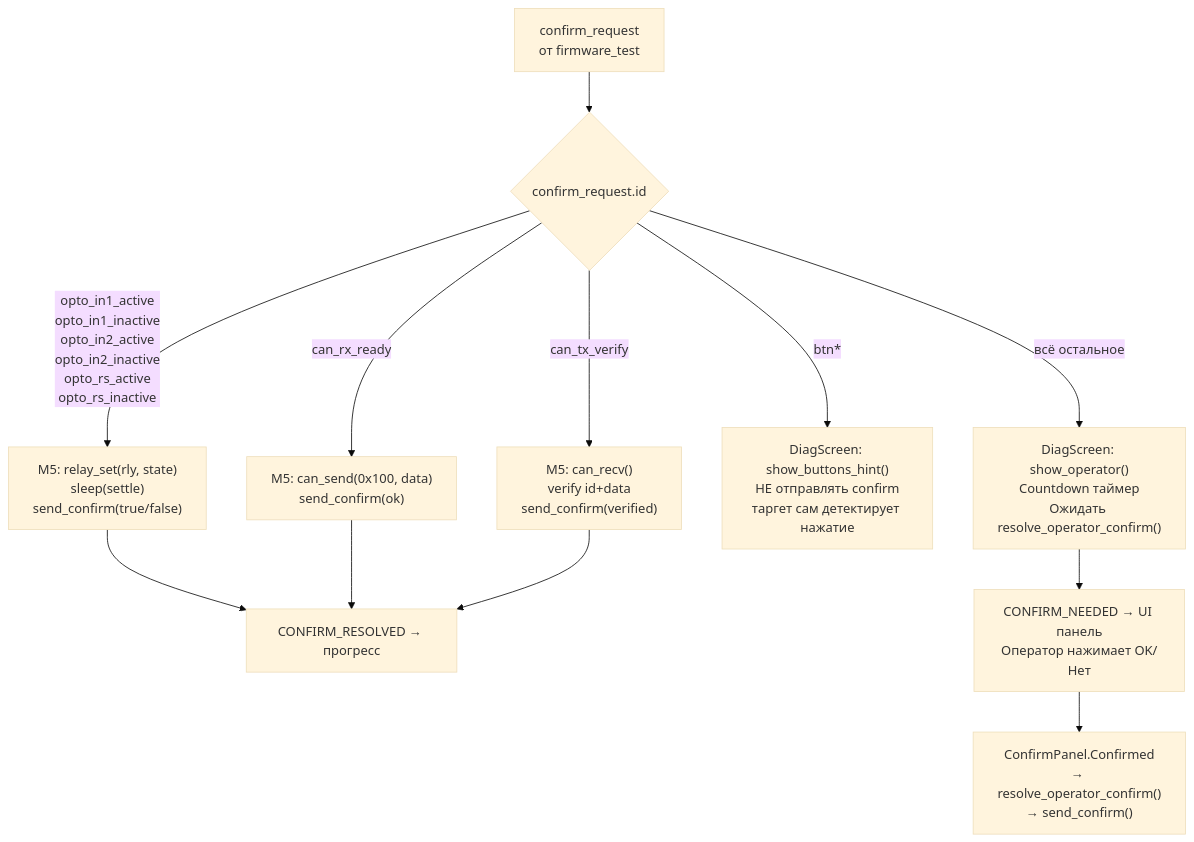
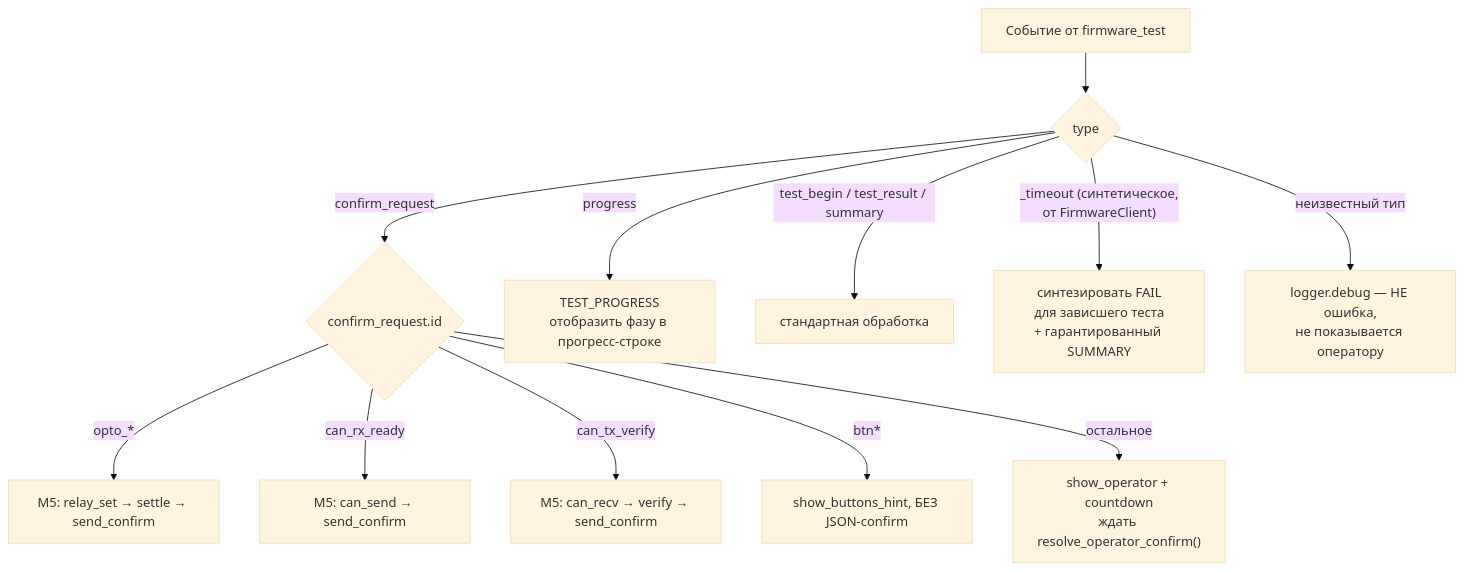
One commit to OSabuser/tft_manufacture_test changed the third of 5 diagrams in tools/production/README.md. Above: the diagram before and after it, drawn with Mermaid (base theme). The commit also changed other lines of this file and 2 other files, not shown here.

Commit message:
# firmware_test: TUI app m5_client fixed

````diff
--- a/tools/production/README.md
+++ b/tools/production/README.md
@@ -443,23 +176,17 @@
 ```mermaid
 flowchart TD
-    CR["confirm_request\nот firmware_test"]
-    CR --> R{confirm_request.id}
+    EV["Событие от firmware_test"]
+    EV --> T{type}
 
-    R -->|"opto_in1_active\nopto_in1_inactive\nopto_in2_active\nopto_in2_inactive\nopto_rs_active\nopto_rs_inactive"| HIL_OPTO
-    R -->|"can_rx_ready"| HIL_CAN_RX
-    R -->|"can_tx_verify"| HIL_CAN_TX
-    R -->|"btn*"| BTN
-    R -->|"всё остальное"| OP
+    T -->|"confirm_request"| R{confirm_request.id}
+    T -->|"progress"| PROG["TEST_PROGRESS\nотобразить фазу в прогресс-строке"]
+    T -->|"test_begin / test_result / summary"| STD["стандартная обработка"]
+    T -->|"_timeout (синтетическое,\nот FirmwareClient)"| TO["синтезировать FAIL\nдля зависшего теста\n+ гарантированный SUMMARY"]
+    T -->|"неизвестный тип"| LOG["logger.debug — НЕ ошибка,\nне показывается оператору"]
 
-    HIL_OPTO["M5: relay_set(rly, state)\nsleep(settle)\nsend_confirm(true/false)"]
-    HIL_CAN_RX["M5: can_send(0x100, data)\nsend_confirm(ok)"]
-    HIL_CAN_TX["M5: can_recv()\nverify id+data\nsend_confirm(verified)"]
-    BTN["DiagScreen: show_buttons_hint()\nНЕ отправлять confirm\nтаргет сам детектирует нажатие"]
-    OP["DiagScreen: show_operator()\nCountdown таймер\nОжидать resolve_operator_confirm()"]
-
-    HIL_OPTO --> RAUTO["CONFIRM_RESOLVED → прогресс"]
-    HIL_CAN_RX --> RAUTO
-    HIL_CAN_TX --> RAUTO
-    OP --> RNEED["CONFIRM_NEEDED → UI панель\nОператор нажимает OK/Нет"]
-    RNEED --> RESOLVE["ConfirmPanel.Confirmed\n→ resolve_operator_confirm()\n→ send_confirm()"]
+    R -->|"opto_*"| HIL_OPTO["M5: relay_set → settle → send_confirm"]
+    R -->|"can_rx_ready"| HIL_CAN_RX["M5: can_send → send_confirm"]
+    R -->|"can_tx_verify"| HIL_CAN_TX["M5: can_recv → verify → send_confirm"]
+    R -->|"btn*"| BTN["show_buttons_hint, БЕЗ JSON-confirm"]
+    R -->|"остальное"| OP["show_operator + countdown\nждать resolve_operator_confirm()"]
 ```
````
